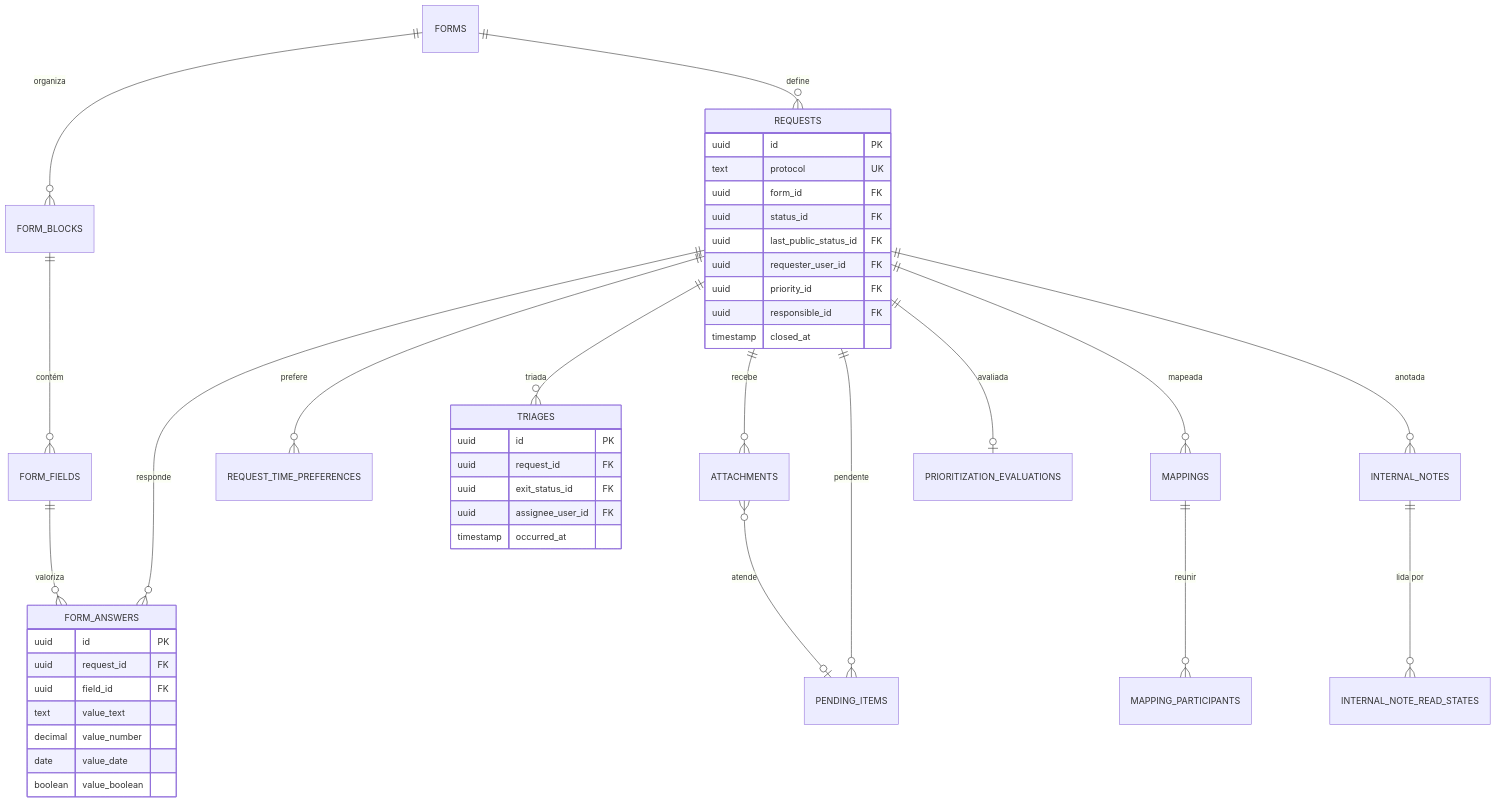
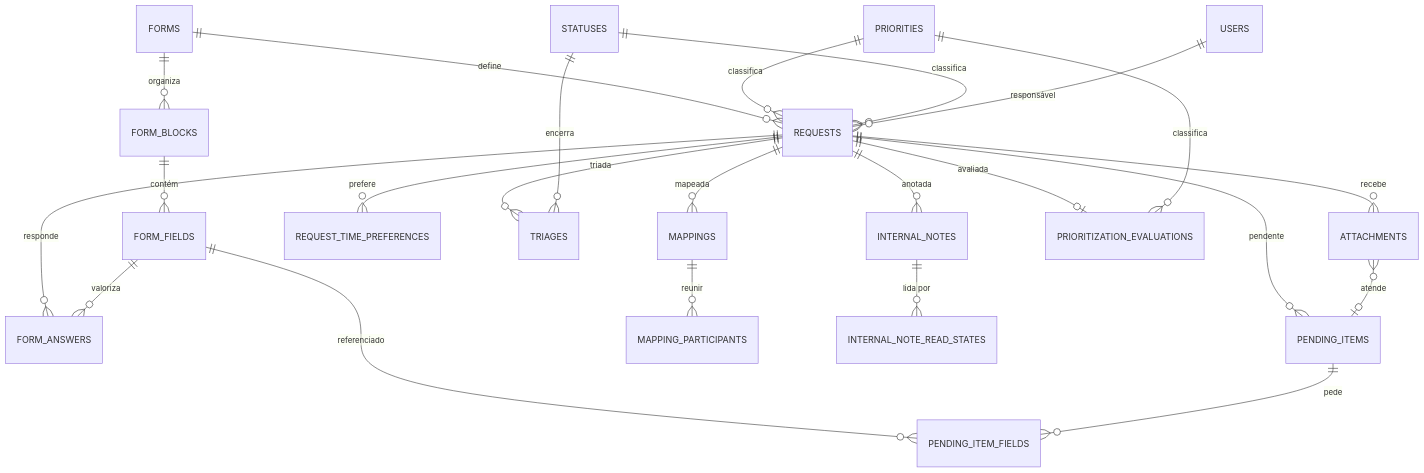
One commit to NEO-Kaizen/backend-novo changed the first of 3 diagrams in docs/03-Data-Model.md. Above: the diagram before and after it, drawn with Mermaid. The commit also changed other lines of this file and 5 other files, not shown here.

````diff
--- a/docs/03-Data-Model.md
+++ b/docs/03-Data-Model.md
@@ -238,46 +262,25 @@
 ```mermaid
 erDiagram
     FORMS ||--o{ FORM_BLOCKS : "organiza"
     FORM_BLOCKS ||--o{ FORM_FIELDS : "contém"
     FORMS ||--o{ REQUESTS : "define"
     REQUESTS ||--o{ FORM_ANSWERS : "responde"
     FORM_FIELDS ||--o{ FORM_ANSWERS : "valoriza"
+    FORM_FIELDS ||--o{ PENDING_ITEM_FIELDS : "referenciado"
+    REQUESTS ||--o{ PENDING_ITEMS : "pendente"
+    PENDING_ITEMS ||--o{ PENDING_ITEM_FIELDS : "pede"
     REQUESTS ||--o{ ATTACHMENTS : "recebe"
+    ATTACHMENTS }o--o| PENDING_ITEMS : "atende"
     REQUESTS ||--o{ REQUEST_TIME_PREFERENCES : "prefere"
     REQUESTS ||--o{ TRIAGES : "triada"
     REQUESTS ||--o{ MAPPINGS : "mapeada"
-    REQUESTS ||--o{ PENDING_ITEMS : "pendente"
+    MAPPINGS ||--o{ MAPPING_PARTICIPANTS : "reunir"
     REQUESTS ||--o{ INTERNAL_NOTES : "anotada"
+    INTERNAL_NOTES ||--o{ INTERNAL_NOTE_READ_STATES : "lida por"
     REQUESTS ||--o| PRIORITIZATION_EVALUATIONS : "avaliada"
-    MAPPINGS ||--o{ MAPPING_PARTICIPANTS : "reunir"
-    INTERNAL_NOTES ||--o{ INTERNAL_NOTE_READ_STATES : "lida por"
-    ATTACHMENTS }o--o| PENDING_ITEMS : "atende"
-
-    REQUESTS {
-        uuid id PK
-        text protocol UK
-        uuid form_id FK
-        uuid status_id FK
-        uuid last_public_status_id FK
-        uuid requester_user_id FK
-        uuid priority_id FK
-        uuid responsible_id FK
-        timestamp closed_at
-    }
-    FORM_ANSWERS {
-        uuid id PK
-        uuid request_id FK
-        uuid field_id FK
-        text value_text
-        decimal value_number
-        date value_date
-        boolean value_boolean
-    }
-    TRIAGES {
-        uuid id PK
-        uuid request_id FK
-        uuid exit_status_id FK
-        uuid assignee_user_id FK
-        timestamp occurred_at
-    }
+    PRIORITIES ||--o{ PRIORITIZATION_EVALUATIONS : "classifica"
+    PRIORITIES ||--o{ REQUESTS : "classifica"
+    STATUSES ||--o{ REQUESTS : "classifica"
+    STATUSES ||--o{ TRIAGES : "encerra"
+    USERS ||--o{ REQUESTS : "responsável"
 ```
````
